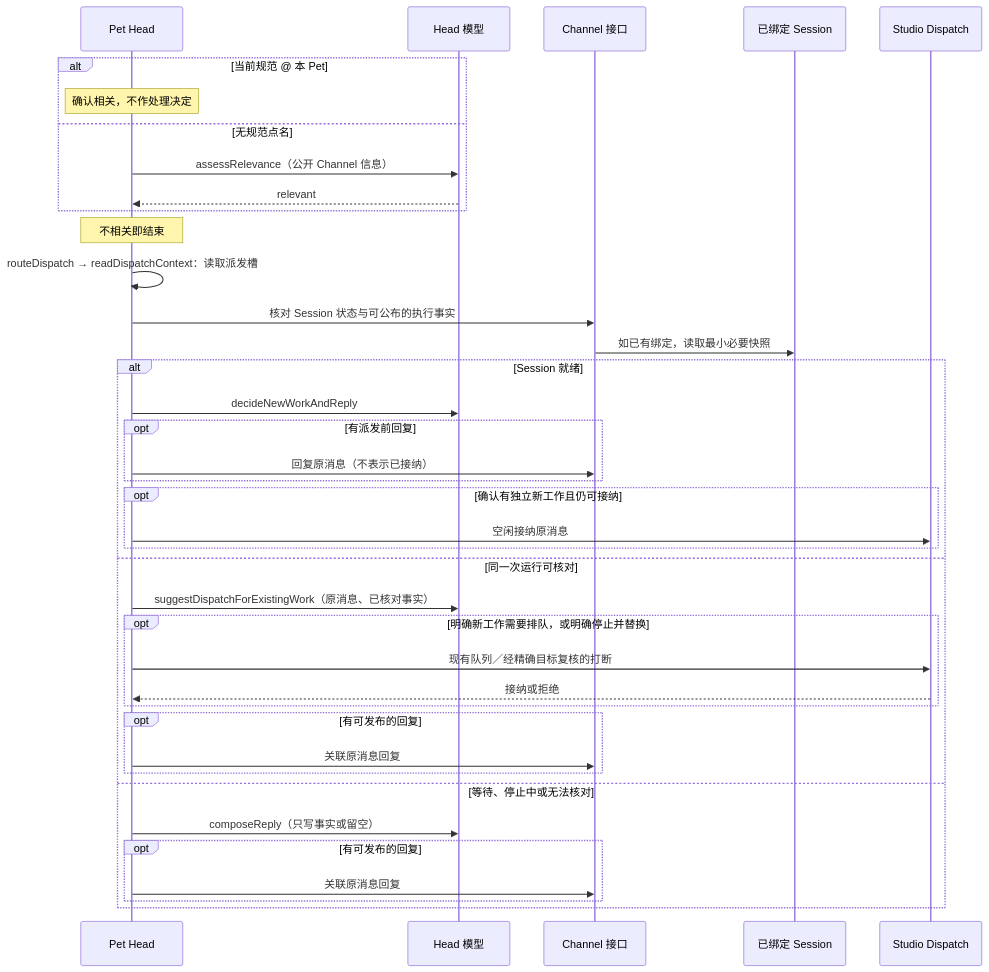
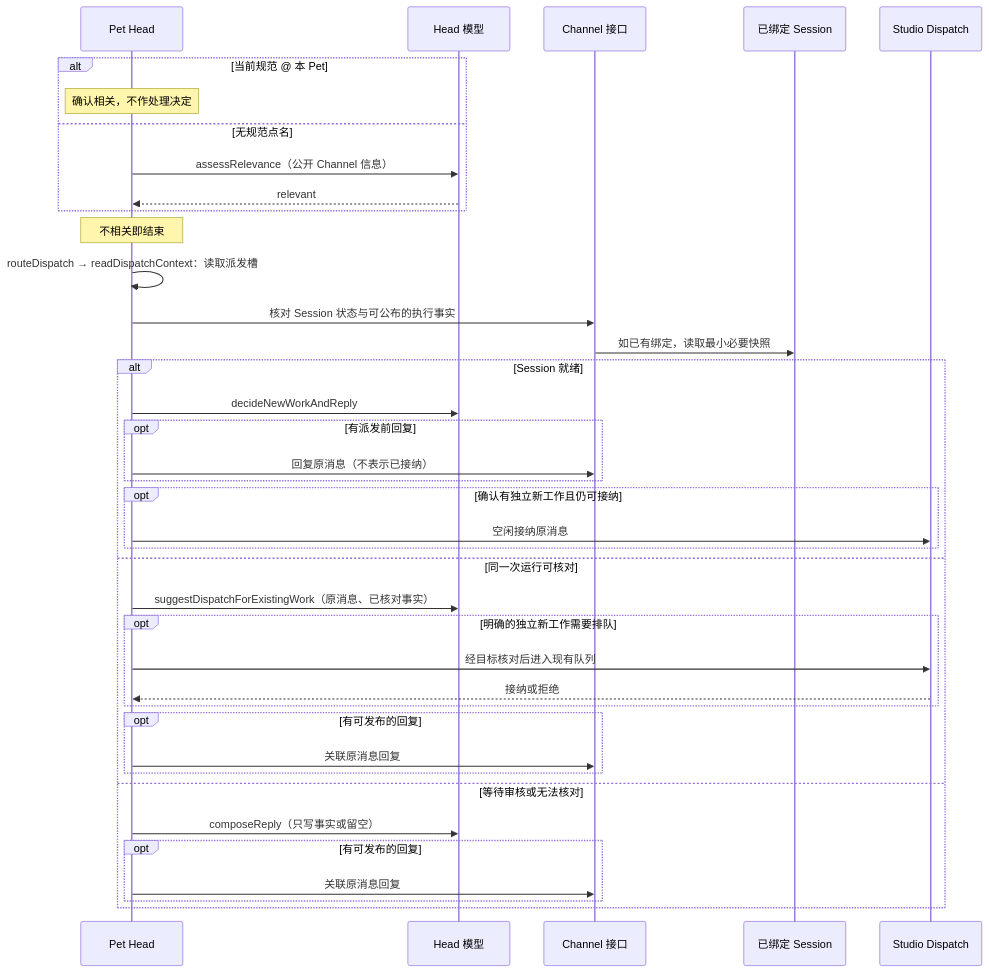
Before and after one commit to pinpawo/pinpawo-agent: the second of 3 diagrams in docs/design/studio/pet-head-mechanism.md, drawn with Mermaid. The commit also changed other lines of this file and 20 other files, not shown here.

````diff
--- a/docs/design/studio/pet-head-mechanism.md
+++ b/docs/design/studio/pet-head-mechanism.md
@@ -58,41 +58,41 @@
 ```mermaid
 sequenceDiagram
     participant H as Pet Head
     participant M as Head 模型
     participant C as Channel 接口
     participant S as 已绑定 Session
     participant D as Studio Dispatch
     alt 当前规范 @ 本 Pet
         Note over H: 确认相关，不作处理决定
     else 无规范点名
         H->>M: assessRelevance（公开 Channel 信息）
         M-->>H: relevant
     end
     Note over H: 不相关即结束
     H->>H: routeDispatch → readDispatchContext：读取派发槽
     H->>C: 核对 Session 状态与可公布的执行事实
     C->>S: 如已有绑定，读取最小必要快照
     alt Session 就绪
         H->>M: decideNewWorkAndReply
         opt 有派发前回复
             H->>C: 回复原消息（不表示已接纳）
         end
         opt 确认有独立新工作且仍可接纳
             H->>D: 空闲接纳原消息
         end
     else 同一次运行可核对
         H->>M: suggestDispatchForExistingWork（原消息、已核对事实）
-        opt 明确新工作需要排队，或明确停止并替换
-            H->>D: 现有队列／经精确目标复核的打断
+        opt 明确的独立新工作需要排队
+            H->>D: 经目标核对后进入现有队列
             D-->>H: 接纳或拒绝
         end
         opt 有可发布的回复
             H->>C: 关联原消息回复
         end
-    else 等待、停止中或无法核对
+    else 等待审核或无法核对
         H->>M: composeReply（只写事实或留空）
         opt 有可发布的回复
             H->>C: 关联原消息回复
         end
     end
 ```
````
